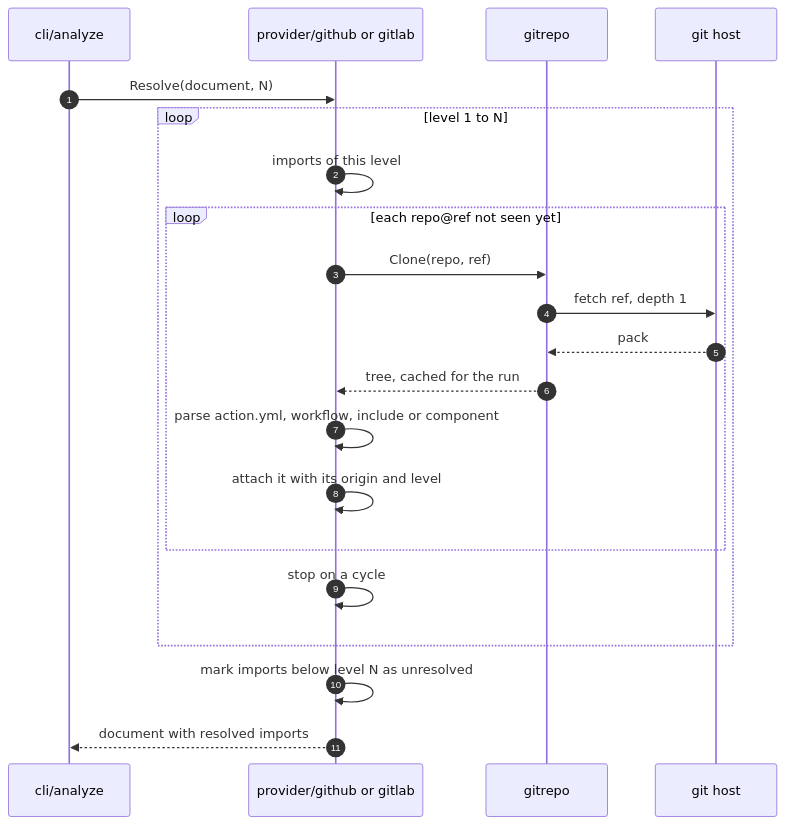
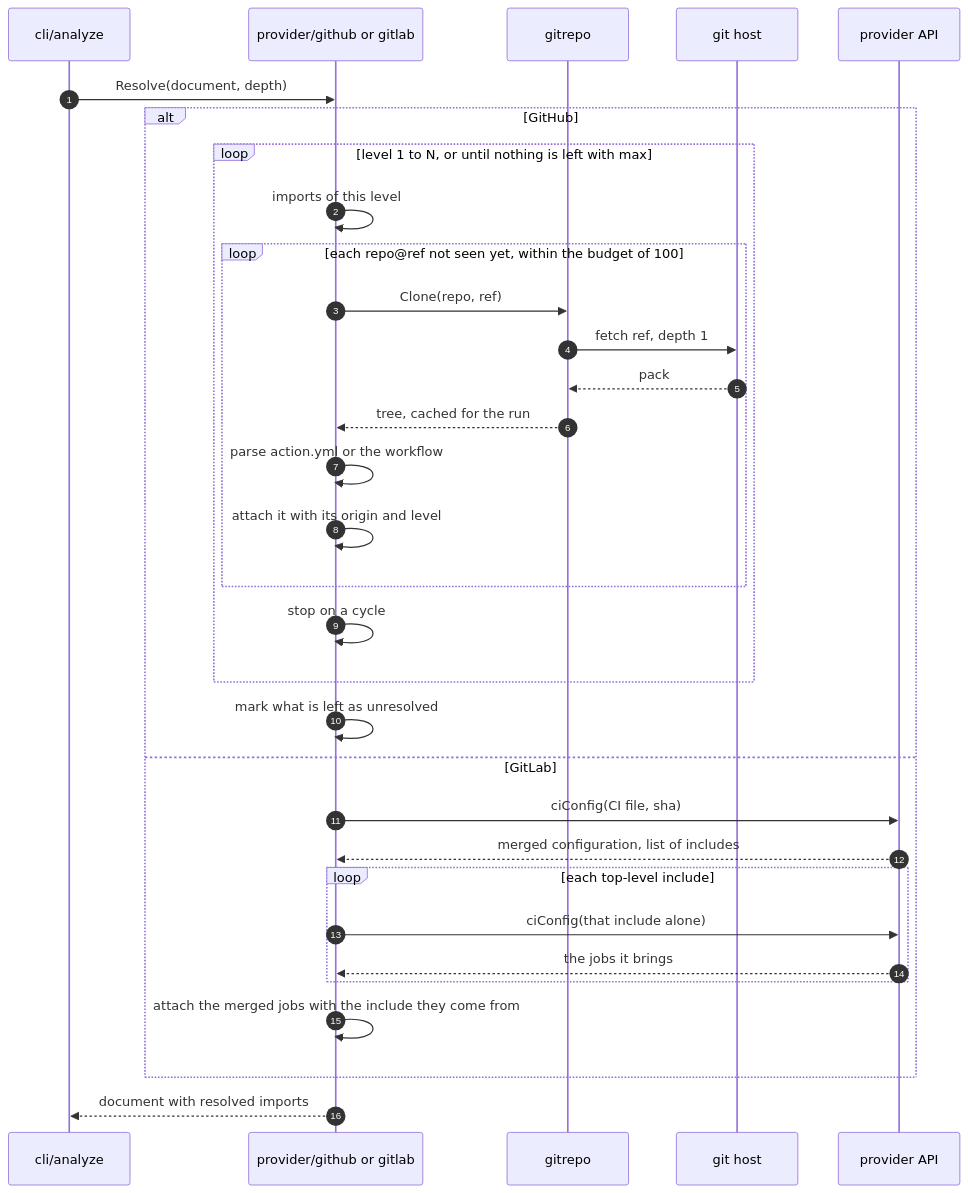
One commit to getplumber/plumber changed the fourth of 6 diagrams in v1/docs/analyze-flow.md. Above: the diagram before and after it, drawn with Mermaid. The commit also changed other lines of this file and 3 other files, not shown here.

````diff
--- a/v1/docs/analyze-flow.md
+++ b/v1/docs/analyze-flow.md
@@ -171,24 +193,35 @@
 ```mermaid
 sequenceDiagram
     autonumber
     participant A as cli/analyze
     participant P as provider/github or gitlab
     participant G as gitrepo
     participant H as git host
+    participant API as provider API
 
-    A->>P: Resolve(document, N)
-    loop level 1 to N
-        P->>P: imports of this level
-        loop each repo@ref not seen yet
-            P->>G: Clone(repo, ref)
-            G->>H: fetch ref, depth 1
-            H-->>G: pack
-            G-->>P: tree, cached for the run
-            P->>P: parse action.yml, workflow, include or component
-            P->>P: attach it with its origin and level
+    A->>P: Resolve(document, depth)
+    alt GitHub
+        loop level 1 to N, or until nothing is left with max
+            P->>P: imports of this level
+            loop each repo@ref not seen yet, within the budget of 100
+                P->>G: Clone(repo, ref)
+                G->>H: fetch ref, depth 1
+                H-->>G: pack
+                G-->>P: tree, cached for the run
+                P->>P: parse action.yml or the workflow
+                P->>P: attach it with its origin and level
+            end
+            P->>P: stop on a cycle
         end
-        P->>P: stop on a cycle
+        P->>P: mark what is left as unresolved
+    else GitLab
+        P->>API: ciConfig(CI file, sha)
+        API-->>P: merged configuration, list of includes
+        loop each top-level include
+            P->>API: ciConfig(that include alone)
+            API-->>P: the jobs it brings
+        end
+        P->>P: attach the merged jobs with the include they come from
     end
-    P->>P: mark imports below level N as unresolved
     P-->>A: document with resolved imports
 ```
````
